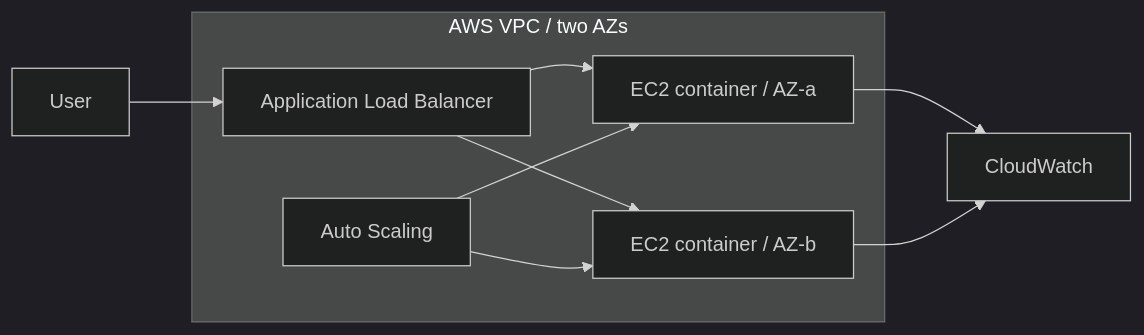
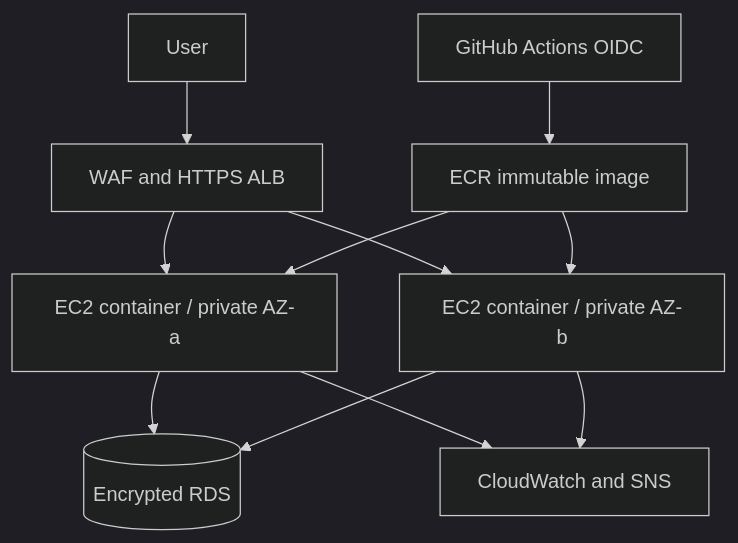
Before and after one commit to Olivierg98/cloudpulse-aws-platform: the diagram in README.md, drawn with Mermaid (dark theme). The commit also changed other lines of this file and 23 other files, not shown here.

First line of the commit message:
feat: add production-grade AWS deployment architecture

````diff
--- a/README.md
+++ b/README.md
@@ -23,12 +23,13 @@
 ```mermaid
-flowchart LR
-  U[User] --> ALB[Application Load Balancer]
-  subgraph VPC[AWS VPC / two AZs]
-    ALB --> EC2A[EC2 container / AZ-a]
-    ALB --> EC2B[EC2 container / AZ-b]
-    ASG[Auto Scaling] --> EC2A
-    ASG --> EC2B
-  end
-  EC2A --> CW[CloudWatch]
-  EC2B --> CW
+flowchart TB
+  U[User] --> WAF[WAF and HTTPS ALB]
+  WAF --> A[EC2 container / private AZ-a]
+  WAF --> B[EC2 container / private AZ-b]
+  A --> DB[(Encrypted RDS)]
+  B --> DB
+  GH[GitHub Actions OIDC] --> ECR[ECR immutable image]
+  ECR --> A
+  ECR --> B
+  A --> CW[CloudWatch and SNS]
+  B --> CW
 ```
````
